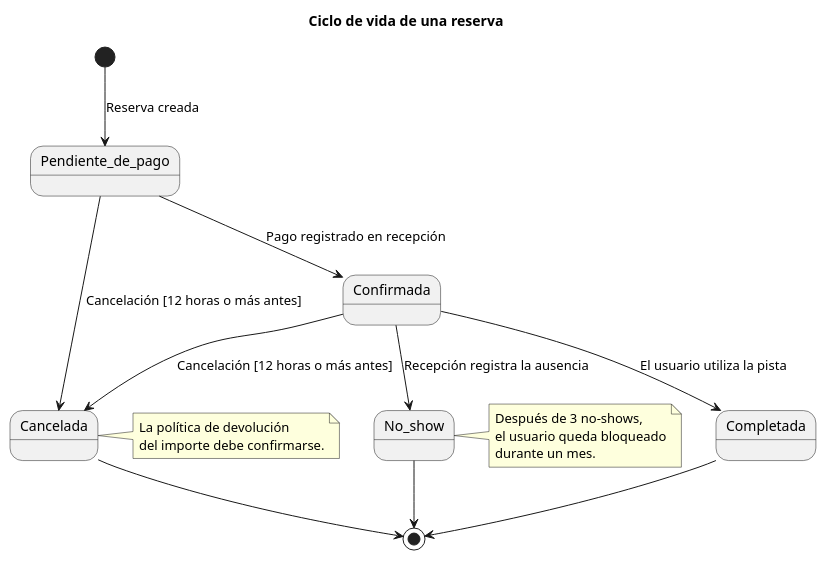
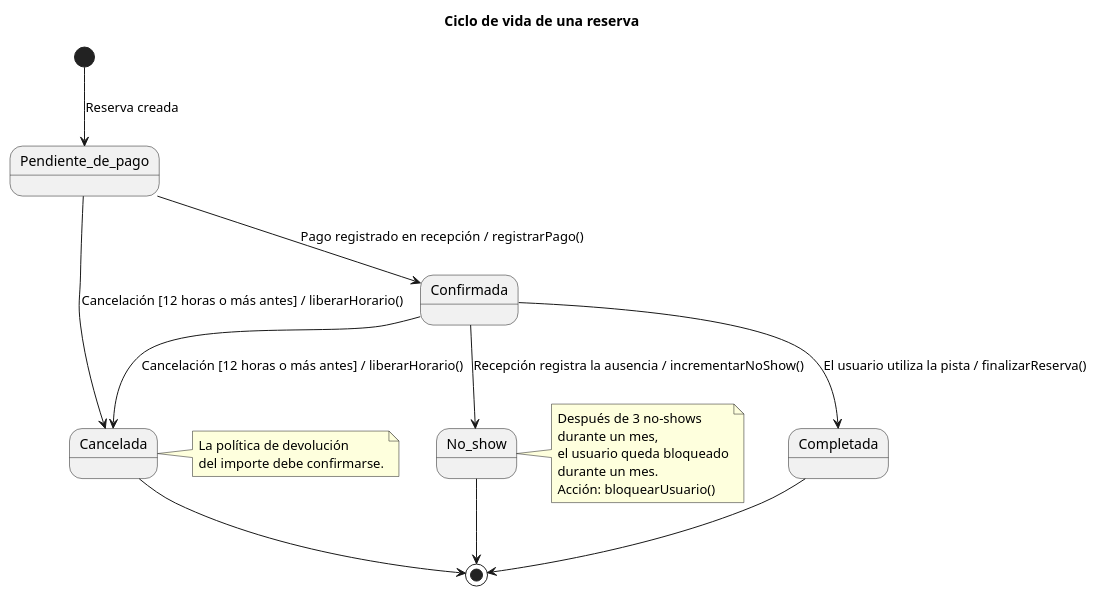
Before and after one commit to Ona-DevCom/5.T1-omar-bejaji: the diagram in diagrams/state-booking.puml, drawn with PlantUML. The commit also changed 8 other files, not shown here.

Commit message:
Update requirements and UML diagrams

```diff
--- a/diagrams/state-booking.puml
+++ b/diagrams/state-booking.puml
@@ -2,34 +2,36 @@
 @startuml
 
 title Ciclo de vida de una reserva
 
 [*] --> Pendiente_de_pago : Reserva creada
 
-Pendiente_de_pago --> Confirmada : Pago registrado en recepción
+Pendiente_de_pago --> Confirmada : Pago registrado en recepción / registrarPago()
 
-Pendiente_de_pago --> Cancelada : Cancelación [12 horas o más antes]
+Pendiente_de_pago --> Cancelada : Cancelación [12 horas o más antes] / liberarHorario()
 
-Confirmada --> Cancelada : Cancelación [12 horas o más antes]
+Confirmada --> Cancelada : Cancelación [12 horas o más antes] / liberarHorario()
 
-Confirmada --> Completada : El usuario utiliza la pista
+Confirmada --> Completada : El usuario utiliza la pista / finalizarReserva()
 
-Confirmada --> No_show : Recepción registra la ausencia
+Confirmada --> No_show : Recepción registra la ausencia / incrementarNoShow()
 
 Cancelada --> [*]
 
 Completada --> [*]
 
 No_show --> [*]
 
 note right of No_show
-  Después de 3 no-shows,
+  Después de 3 no-shows
+  durante un mes,
   el usuario queda bloqueado
   durante un mes.
+  Acción: bloquearUsuario()
 end note
 
 note right of Cancelada
   La política de devolución
   del importe debe confirmarse.
 end note
 
 @enduml
```
